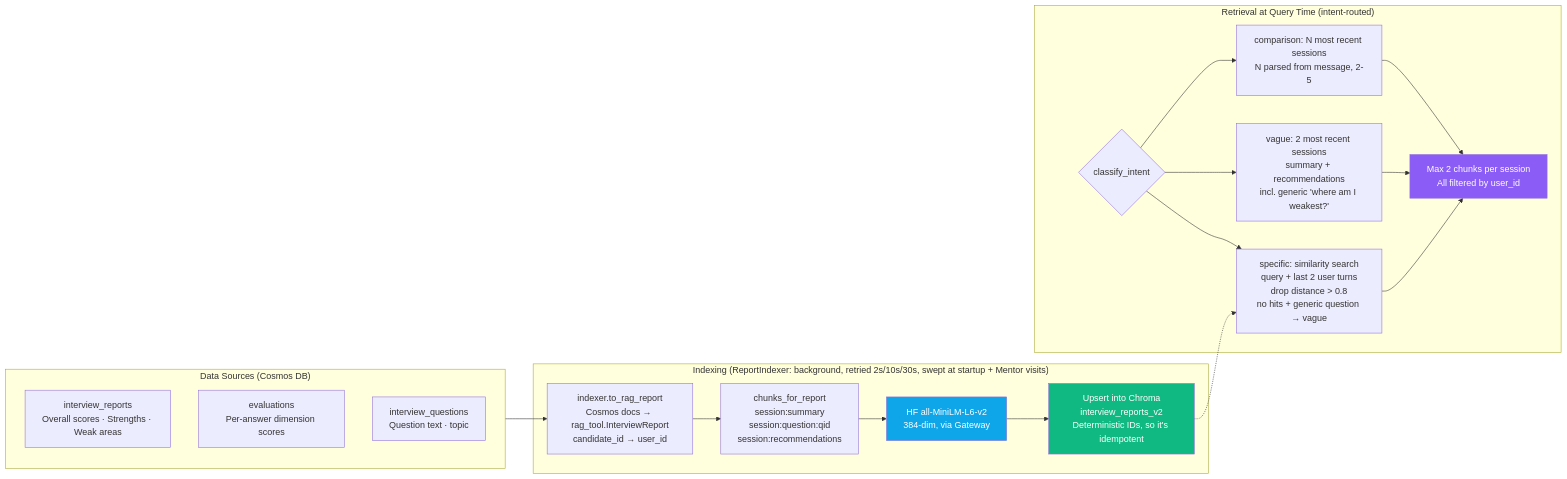
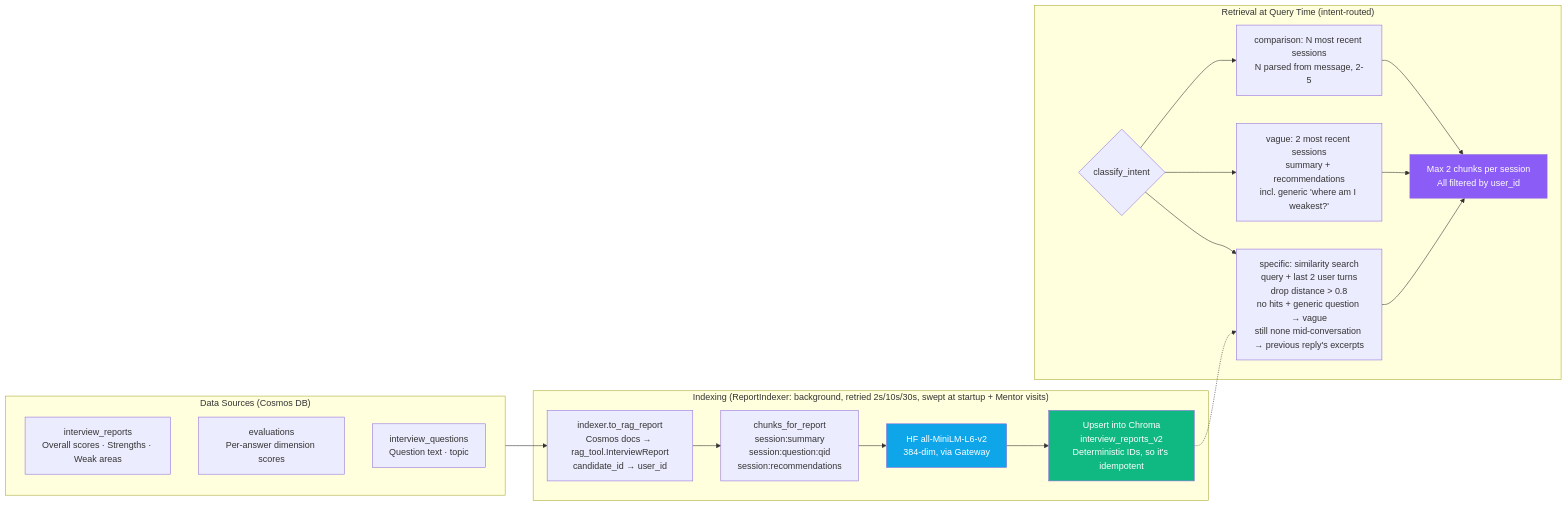
Before and after one commit to lovishmanchanda/Agentic-Interview-Coach: the fifth of 21 diagrams in docs/flow.md, drawn with Mermaid. The commit also changed other lines of this file and 9 other files, not shown here.

Commit message:
Mentor: answer pointing-back follow-ups from the previous reply's excerpts

````diff
--- a/docs/flow.md
+++ b/docs/flow.md
@@ -193,33 +193,33 @@
 ```mermaid
 flowchart LR
     subgraph SOURCES["Data Sources (Cosmos DB)"]
         IR[interview_reports\nOverall scores · Strengths · Weak areas]
         EV[evaluations\nPer-answer dimension scores]
         IQ[interview_questions\nQuestion text · topic]
     end
 
     subgraph INDEXING["Indexing (ReportIndexer: background, retried 2s/10s/30s, swept at startup + Mentor visits)"]
         ADAPT[indexer.to_rag_report\nCosmos docs → rag_tool.InterviewReport\ncandidate_id → user_id]
         CHUNK[chunks_for_report\nsession:summary\nsession:question:qid\nsession:recommendations]
         EMBED_IDX[HF all-MiniLM-L6-v2\n384-dim, via Gateway]
         UPSERT[Upsert into Chroma\ninterview_reports_v2\nDeterministic IDs, so it's idempotent]
     end
 
     subgraph RETRIEVAL["Retrieval at Query Time (intent-routed)"]
         INTENT{classify_intent}
-        SPEC[specific: similarity search\nquery + last 2 user turns\ndrop distance > 0.8\nno hits + generic question → vague]
+        SPEC[specific: similarity search\nquery + last 2 user turns\ndrop distance > 0.8\nno hits + generic question → vague\nstill none mid-conversation → previous reply's excerpts]
         VAGUE[vague: 2 most recent sessions\nsummary + recommendations\nincl. generic 'where am I weakest?']
         COMP[comparison: N most recent sessions\nN parsed from message, 2-5]
         DEDUPE[Max 2 chunks per session\nAll filtered by user_id]
     end
 
     SOURCES --> ADAPT --> CHUNK --> EMBED_IDX --> UPSERT
     INTENT --> SPEC --> DEDUPE
     INTENT --> VAGUE --> DEDUPE
     INTENT --> COMP --> DEDUPE
     UPSERT -.-> SPEC
 
     style EMBED_IDX fill:#0ea5e9,color:#fff
     style UPSERT fill:#10b981,color:#fff
     style DEDUPE fill:#8b5cf6,color:#fff
 ```
````
